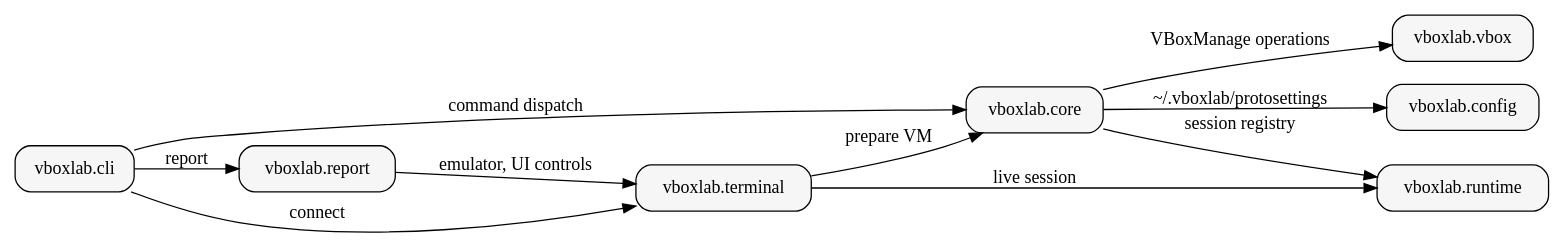
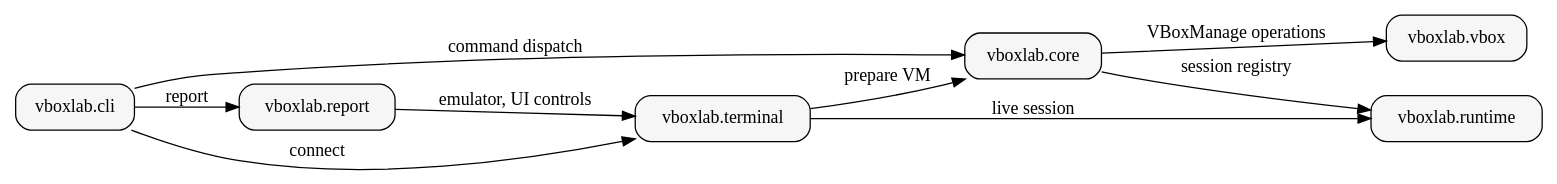
One commit to UsamG1t/NeuroPysnap changed the diagram in docs/architecture.rst. Above: the diagram before and after it, drawn with Graphviz. The commit also changed other lines of this file and 6 other files, not shown here.

```diff
--- a/docs/architecture.rst
+++ b/docs/architecture.rst
@@ -28,25 +27,23 @@
    .. graphviz::
       :caption: High-level relationships between VBoxLab packages.
 
       digraph package_relationships {
           rankdir=LR;
           node [shape=box, style="rounded,filled", fillcolor="#f6f6f6"];
 
           cli [label="vboxlab.cli"];
-          config [label="vboxlab.config"];
           core [label="vboxlab.core"];
           report [label="vboxlab.report"];
           runtime [label="vboxlab.runtime"];
           terminal [label="vboxlab.terminal"];
           vbox [label="vboxlab.vbox"];
 
           cli -> core [label="command dispatch"];
           cli -> terminal [label="connect"];
           cli -> report [label="report"];
           report -> terminal [label="emulator, UI controls"];
-          core -> config [label="~/.vboxlab/protosettings"];
           core -> runtime [label="session registry"];
           core -> vbox [label="VBoxManage operations"];
           terminal -> core [label="prepare VM"];
           terminal -> runtime [label="live session"];
       }
```
